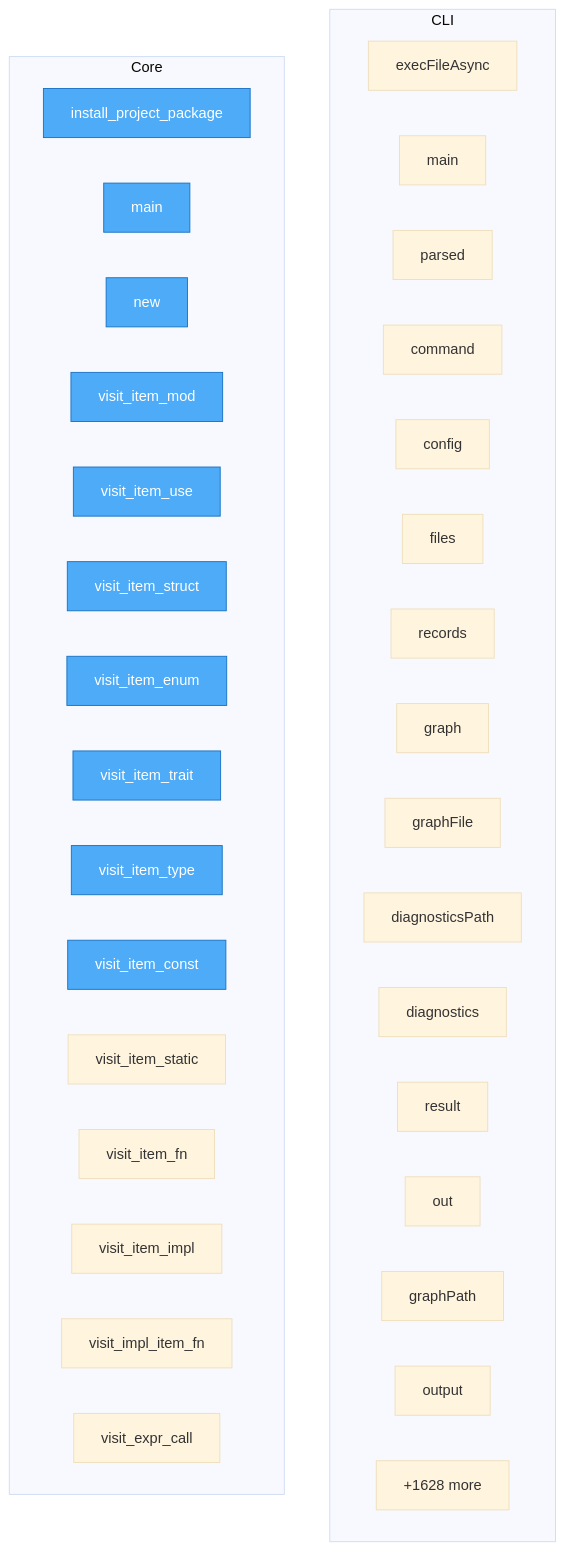
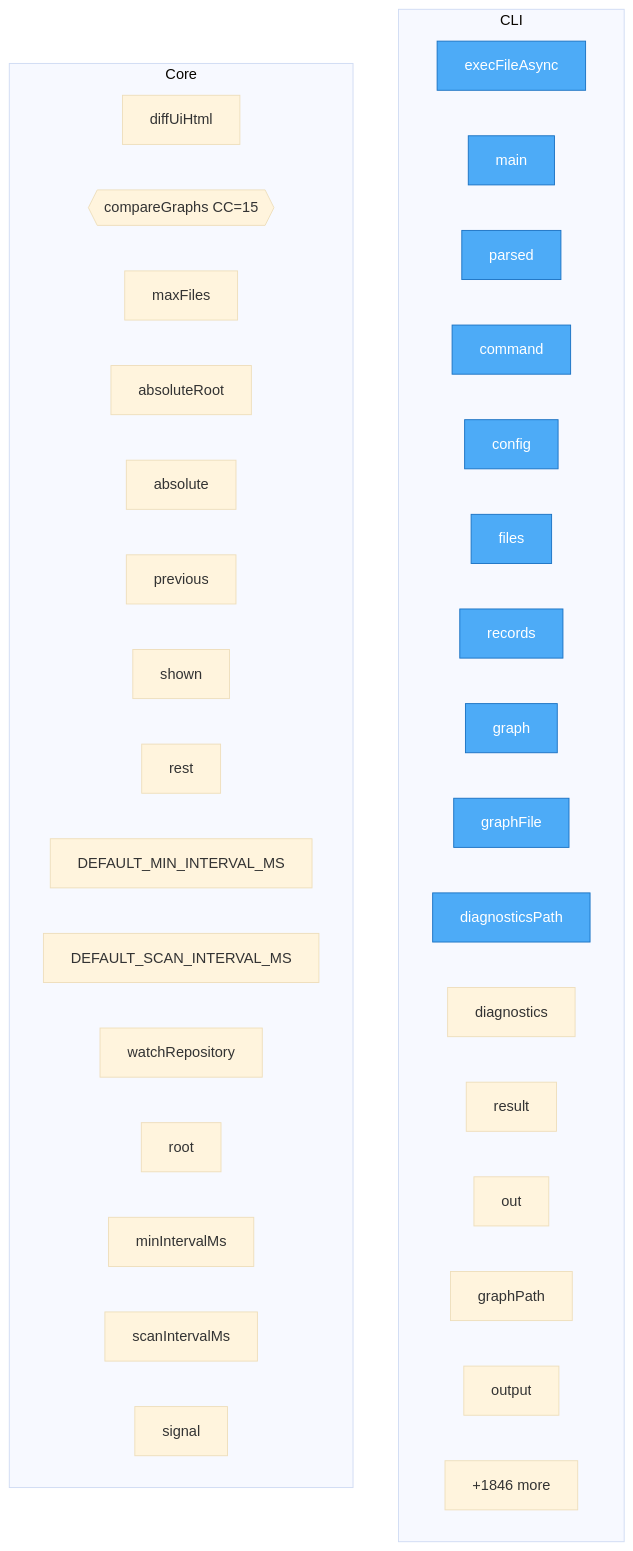
Before and after one commit to autogrammar/todo2code: the diagram in project/flow.mmd, drawn with Mermaid (base theme). The commit also changed 23 other files, not shown here.

```diff
--- a/project/flow.mmd
+++ b/project/flow.mmd
@@ -1,45 +1,45 @@
 flowchart TD
-%% generated in 0.04s
+%% generated in 0.03s
 
     %% Entry points (blue)
     classDef entry fill:#4dabf7,stroke:#1971c2,color:#fff
 
     subgraph CLI
         src__cli__execFileAsync["execFileAsync"]
         src__cli__main["main"]
         src__cli__parsed["parsed"]
         src__cli__command["command"]
         src__cli__config["config"]
         src__cli__files["files"]
         src__cli__records["records"]
         src__cli__graph["graph"]
         src__cli__graphFile["graphFile"]
         src__cli__diagnosticsPath["diagnosticsPath"]
         src__cli__diagnostics["diagnostics"]
         src__cli__result["result"]
         src__cli__out["out"]
         src__cli__graphPath["graphPath"]
         src__cli__output["output"]
-        ...["+61 more"]
+        ...["+68 more"]
     end
 
     subgraph Core
-        project__install_project_package["install_project_package"]
-        rust_ast__src__main__main["main"]
-        rust_ast__src__main__new["new"]
-        rust_ast__src__main__visit_item_mod["visit_item_mod"]
-        rust_ast__src__main__visit_item_use["visit_item_use"]
-        rust_ast__src__main__visit_item_struct["visit_item_struct"]
-        rust_ast__src__main__visit_item_enum["visit_item_enum"]
-        rust_ast__src__main__visit_item_trait["visit_item_trait"]
-        rust_ast__src__main__visit_item_type["visit_item_type"]
-        rust_ast__src__main__visit_item_const["visit_item_const"]
-        rust_ast__src__main__visit_item_static["visit_item_static"]
-        rust_ast__src__main__visit_item_fn["visit_item_fn"]
-        rust_ast__src__main__visit_item_impl["visit_item_impl"]
-        rust_ast__src__main__visit_impl_item_fn["visit_impl_item_fn"]
-        rust_ast__src__main__visit_expr_call["visit_expr_call"]
-        ...["+1628 more"]
+        src__web__diff_ui__diffUiHtml["diffUiHtml"]
+        src__web__diff_ui__compareGraphs{{compareGraphs CC=15}}
+        src__watch__watcher__maxFiles["maxFiles"]
+        src__watch__watcher__absoluteRoot["absoluteRoot"]
+        src__watch__watcher__absolute["absolute"]
+        src__watch__watcher__previous["previous"]
+        src__watch__watcher__shown["shown"]
+        src__watch__watcher__rest["rest"]
+        src__watch__watcher__DEFAULT_MIN_INTERVAL_MS["DEFAULT_MIN_INTERVAL_MS"]
+        src__watch__watcher__DEFAULT_SCAN_INTERVAL_MS["DEFAULT_SCAN_INTERVAL_MS"]
+        src__watch__watcher__watchRepository["watchRepository"]
+        src__watch__watcher__root["root"]
+        src__watch__watcher__minIntervalMs["minIntervalMs"]
+        src__watch__watcher__scanIntervalMs["scanIntervalMs"]
+        src__watch__watcher__signal["signal"]
+        ...["+1846 more"]
     end
 
-    class project__install_project_package,rust_ast__src__main__main,rust_ast__src__main__new,rust_ast__src__main__visit_item_mod,rust_ast__src__main__visit_item_use,rust_ast__src__main__visit_item_struct,rust_ast__src__main__visit_item_enum,rust_ast__src__main__visit_item_trait,rust_ast__src__main__visit_item_type,rust_ast__src__main__visit_item_const entry
+    class src__cli__execFileAsync,src__cli__main,src__cli__parsed,src__cli__command,src__cli__config,src__cli__files,src__cli__records,src__cli__graph,src__cli__graphFile,src__cli__diagnosticsPath entry
```
